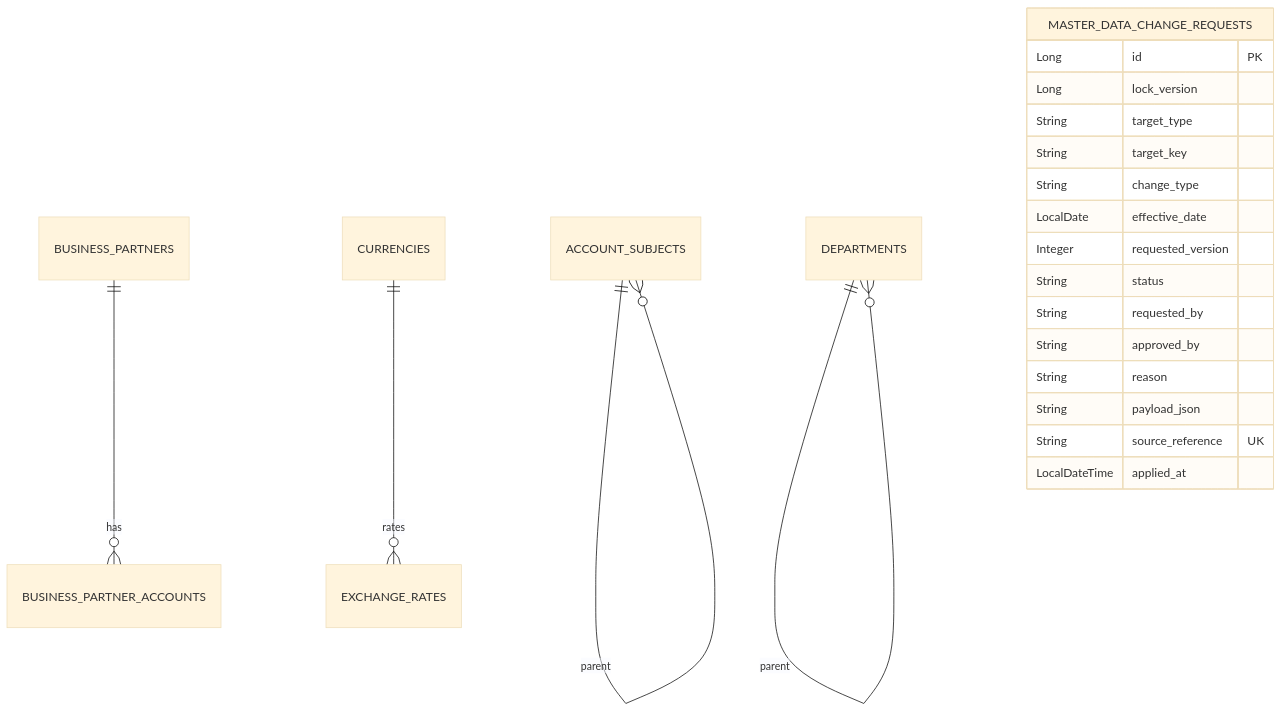
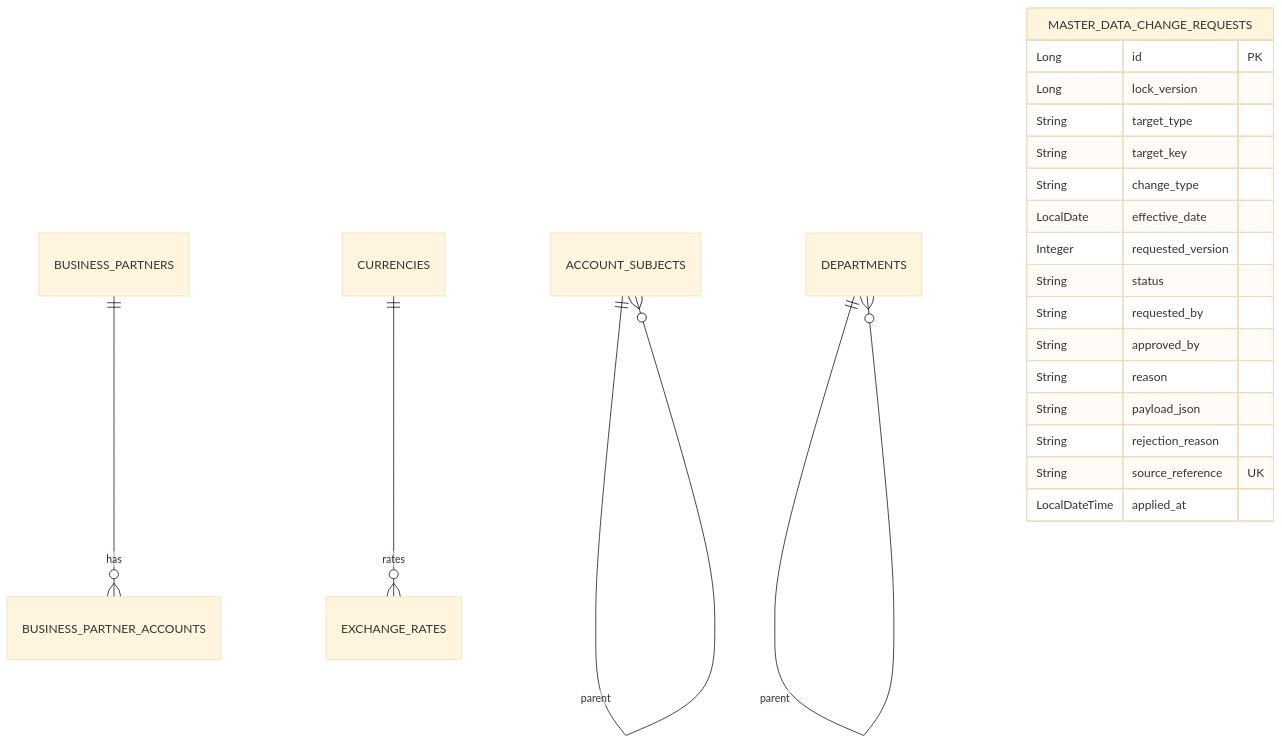
One commit to skyg547/account changed the diagram in master-data/docs/schema.md. Above: the diagram before and after it, drawn with Mermaid (base theme). The commit also changed other lines of this file and 16 other files, not shown here.

````diff
--- a/master-data/docs/schema.md
+++ b/master-data/docs/schema.md
@@ -5,23 +5,24 @@
 ```mermaid
 erDiagram
     ACCOUNT_SUBJECTS ||--o{ ACCOUNT_SUBJECTS : parent
     DEPARTMENTS ||--o{ DEPARTMENTS : parent
     BUSINESS_PARTNERS ||--o{ BUSINESS_PARTNER_ACCOUNTS : has
     CURRENCIES ||--o{ EXCHANGE_RATES : rates
     MASTER_DATA_CHANGE_REQUESTS {
         Long id PK
         Long lock_version
         String target_type
         String target_key
         String change_type
         LocalDate effective_date
         Integer requested_version
         String status
         String requested_by
         String approved_by
         String reason
         String payload_json
+        String rejection_reason
         String source_reference UK
         LocalDateTime applied_at
     }
 ```
````
